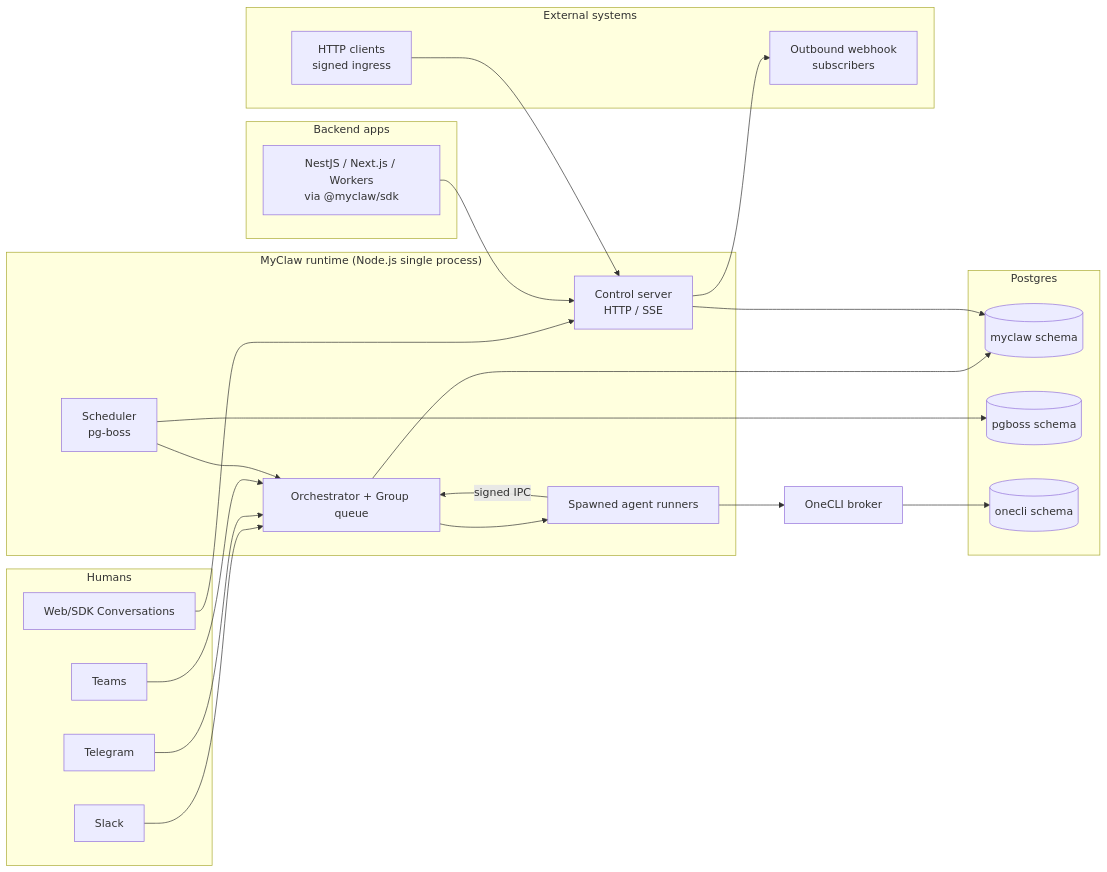
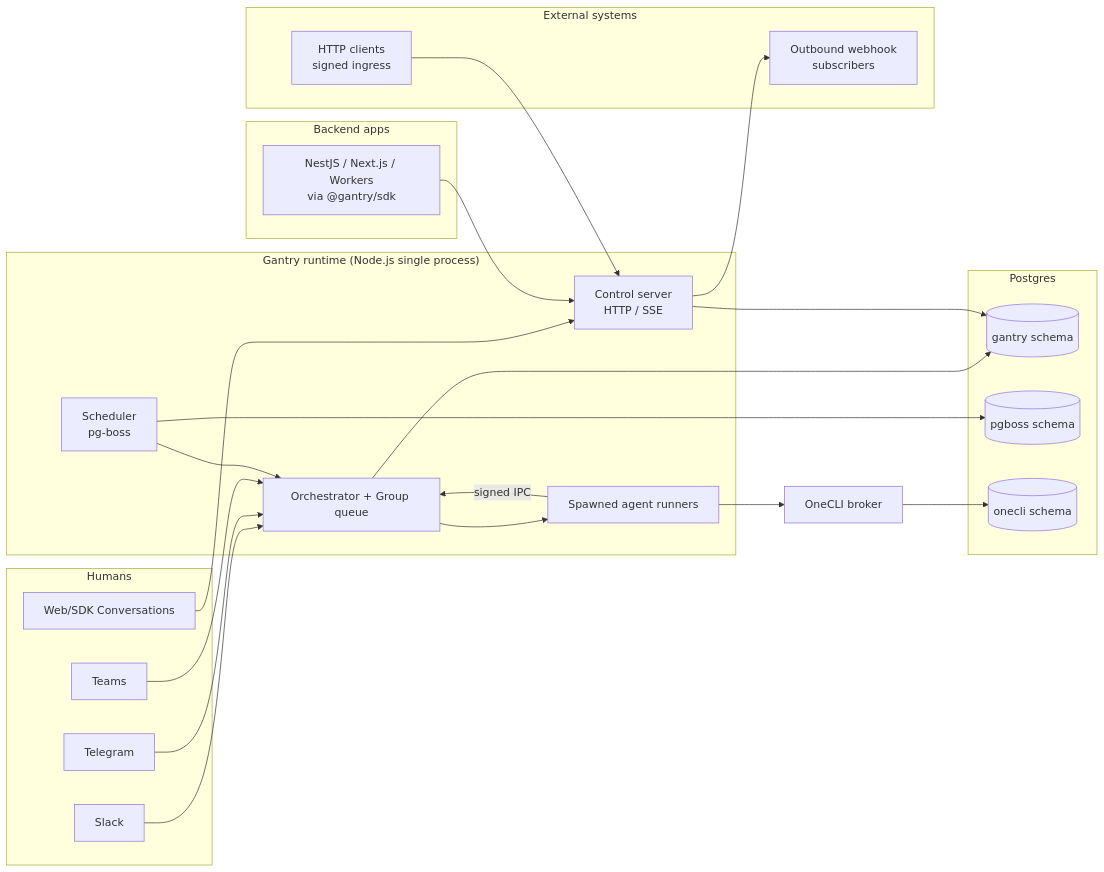
Before and after one commit to knacklabs/gantry: the first of 12 diagrams in docs/architecture/overview.md, drawn with Mermaid. The commit also changed other lines of this file and 142 other files, not shown here.

````diff
--- a/docs/architecture/overview.md
+++ b/docs/architecture/overview.md
@@ -17,44 +17,44 @@
 ```mermaid
 flowchart LR
   subgraph Humans
     SL[Slack]
     TG[Telegram]
     TE[Teams]
     WB[Web/SDK Conversations]
   end
   subgraph "External systems"
     EXT[HTTP clients<br/>signed ingress]
     HOOK[Outbound webhook<br/>subscribers]
   end
   subgraph "Backend apps"
-    SDK[NestJS / Next.js / Workers<br/>via @myclaw/sdk]
+    SDK[NestJS / Next.js / Workers<br/>via @gantry/sdk]
   end
-  subgraph "MyClaw runtime (Node.js single process)"
+  subgraph "Gantry runtime (Node.js single process)"
     ORCH[Orchestrator + Group queue]
     CTRL[Control server<br/>HTTP / SSE]
     SCHED[Scheduler<br/>pg-boss]
     AGS[Spawned agent runners]
   end
   subgraph "Postgres"
-    PGM[(myclaw schema)]
+    PGM[(gantry schema)]
     PGB[(pgboss schema)]
     PGO[(onecli schema)]
   end
   ONE[OneCLI broker]
 
   SL --> ORCH
   TG --> ORCH
   TE --> ORCH
   WB --> CTRL
   SDK --> CTRL
   EXT --> CTRL
   ORCH --> AGS
   AGS -->|signed IPC| ORCH
   ORCH --> PGM
   CTRL --> PGM
   SCHED --> PGB
   SCHED --> ORCH
   AGS --> ONE
   ONE --> PGO
   CTRL --> HOOK
 ```
````
